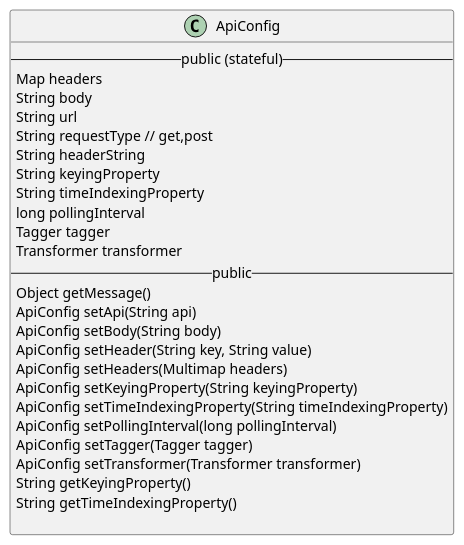
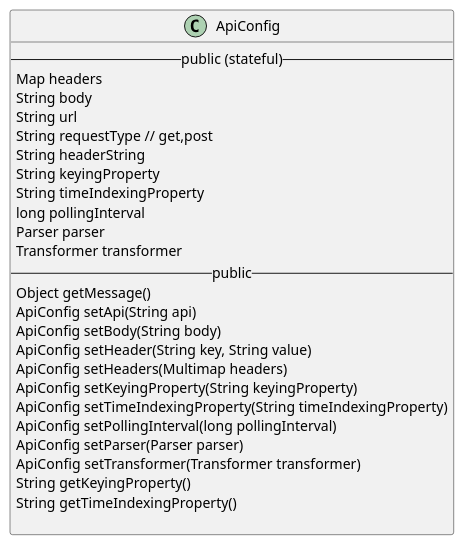
The diagram in docs/diagrams/ApiConfig.puml (datakaveri/iudx-adaptor-framework), drawn with PlantUML before and after one commit. The commit also changed 11 other files, not shown here.

Commit message:
Renamed Tagger to Parser. Added docs on scenarios.

```diff
--- a/docs/diagrams/ApiConfig.puml
+++ b/docs/diagrams/ApiConfig.puml
@@ -1,29 +1,29 @@
 @startuml
 class ApiConfig  {
   -- public (stateful) --
   Map headers
   String body
   String url
   String requestType // get,post
   String headerString
   String keyingProperty
   String timeIndexingProperty
   long pollingInterval
-  Tagger tagger
+  Parser parser
   Transformer transformer
   -- public --
   Object getMessage()
   ApiConfig setApi(String api)
   ApiConfig setBody(String body)
   ApiConfig setHeader(String key, String value)
   ApiConfig setHeaders(Multimap headers)
   ApiConfig setKeyingProperty(String keyingProperty)
   ApiConfig setTimeIndexingProperty(String timeIndexingProperty)
   ApiConfig setPollingInterval(long pollingInterval)
-  ApiConfig setTagger(Tagger tagger)
+  ApiConfig setParser(Parser parser)
   ApiConfig setTransformer(Transformer transformer)
   String getKeyingProperty()
   String getTimeIndexingProperty()
 
 }
 @enduml
```
